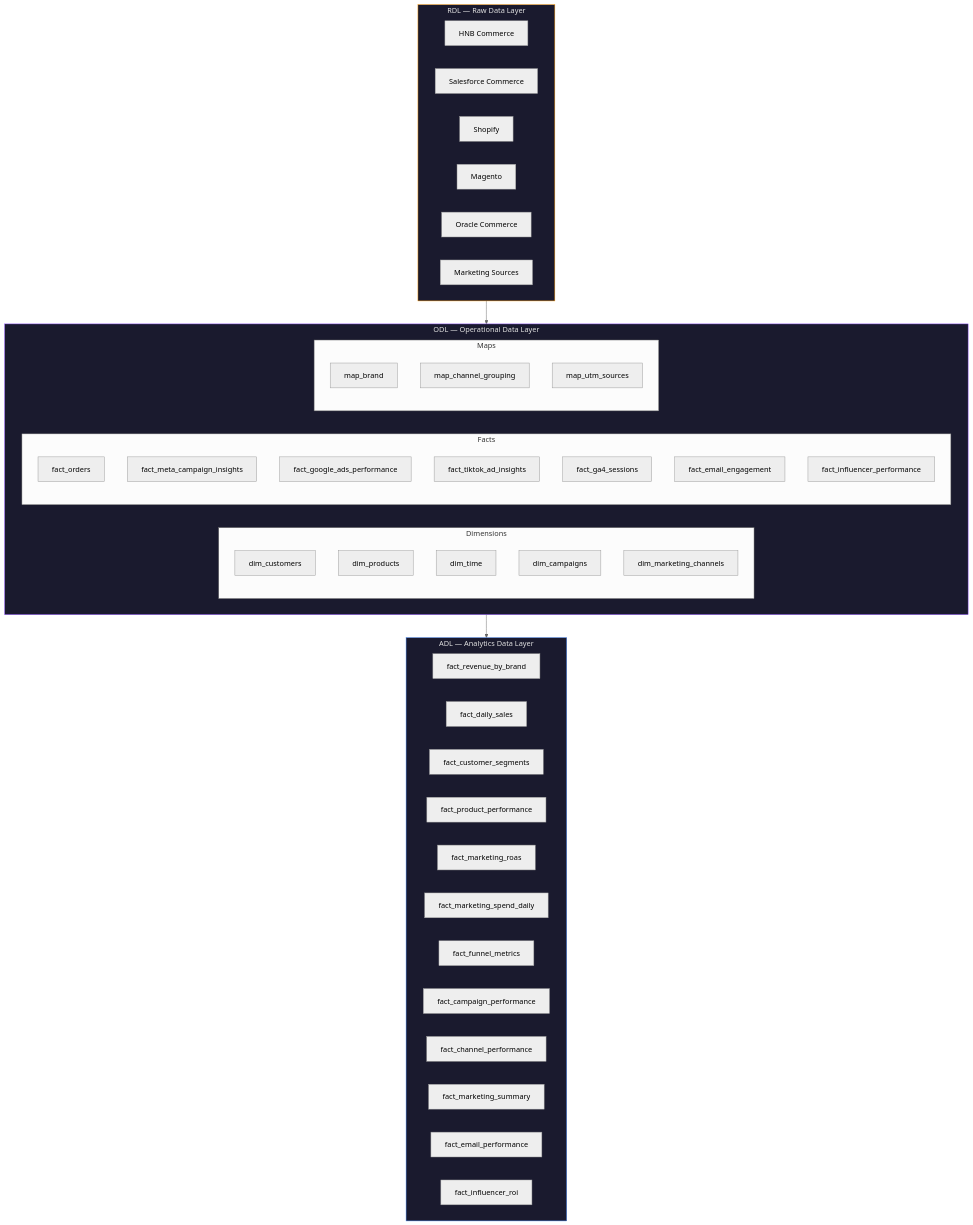
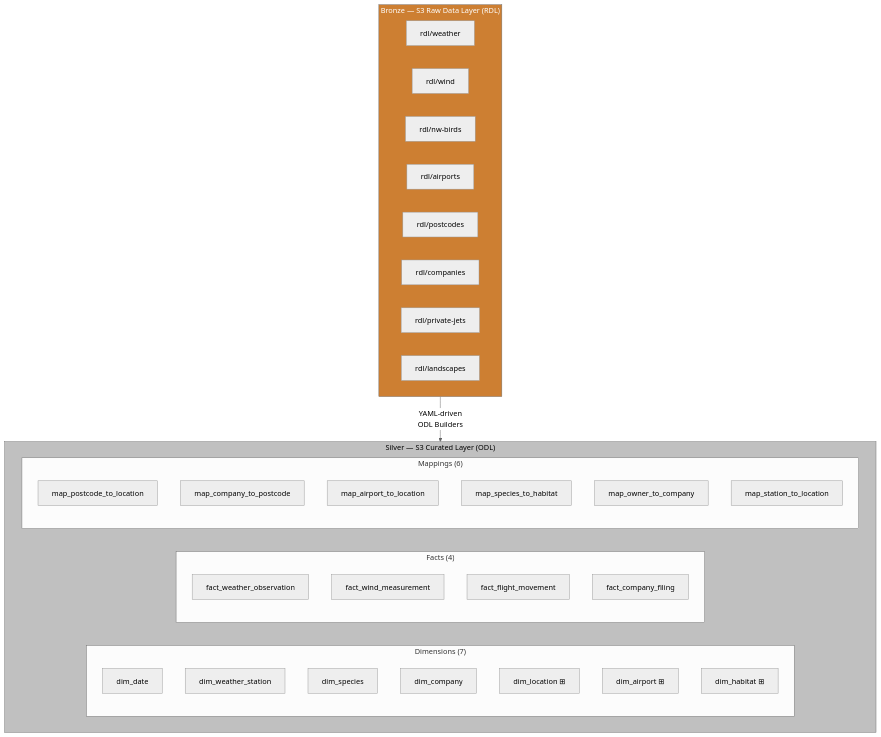
Before and after one commit to TimiOlayinka/boohoo-data-pipeline: the second of 3 diagrams in README.md, drawn with Mermaid (neutral theme). The commit also changed other lines of this file and 274 other files, not shown here.

Commit message:
DATA-31: Rename S3 buckets playdarch-* to bellosdata-* and rewrite README for BellosData Lakehouse architecture

````diff
--- a/README.md
+++ b/README.md
@@ -168,60 +178,46 @@
 ```mermaid
 flowchart TB
-    subgraph RDL["RDL — Raw Data Layer"]
+    subgraph BRONZE["Bronze — S3 Raw Data Layer (RDL)"]
         direction LR
-        R1["HNB Commerce"]
-        R2["Salesforce Commerce"]
-        R3["Shopify"]
-        R4["Magento"]
-        R5["Oracle Commerce"]
-        R6["Marketing Sources"]
+        R1["rdl/weather"]
+        R2["rdl/wind"]
+        R3["rdl/nw-birds"]
+        R4["rdl/airports"]
+        R5["rdl/postcodes"]
+        R6["rdl/companies"]
+        R7["rdl/private-jets"]
+        R8["rdl/landscapes"]
     end
 
-    subgraph ODL["ODL — Operational Data Layer"]
+    subgraph SILVER["Silver — S3 Curated Layer (ODL)"]
         direction LR
-        subgraph DIMS["Dimensions"]
-            D1["dim_customers"]
-            D2["dim_products"]
-            D3["dim_time"]
-            D4["dim_campaigns"]
-            D5["dim_marketing_channels"]
+        subgraph DIMS["Dimensions (7)"]
+            D1["dim_date"]
+            D2["dim_weather_station"]
+            D3["dim_species"]
+            D4["dim_company"]
+            D5["dim_location ⊞"]
+            D6["dim_airport ⊞"]
+            D7["dim_habitat ⊞"]
         end
-        subgraph FACTS["Facts"]
-            F1["fact_orders"]
-            F2["fact_meta_campaign_insights"]
-            F3["fact_google_ads_performance"]
-            F4["fact_tiktok_ad_insights"]
-            F5["fact_ga4_sessions"]
-            F6["fact_email_engagement"]
-            F7["fact_influencer_performance"]
+        subgraph FACTS["Facts (4)"]
+            F1["fact_weather_observation"]
+            F2["fact_wind_measurement"]
+            F3["fact_flight_movement"]
+            F4["fact_company_filing"]
         end
-        subgraph MAPS["Maps"]
-            M1["map_brand"]
-            M2["map_channel_grouping"]
-            M3["map_utm_sources"]
+        subgraph MAPS["Mappings (6)"]
+            M1["map_postcode_to_location"]
+            M2["map_company_to_postcode"]
+            M3["map_airport_to_location"]
+            M4["map_species_to_habitat"]
+            M5["map_owner_to_company"]
+            M6["map_station_to_location"]
         end
     end
 
-    subgraph ADL["ADL — Analytics Data Layer"]
-        direction LR
-        B1["fact_revenue_by_brand"]
-        B2["fact_daily_sales"]
-        B3["fact_customer_segments"]
-        B4["fact_product_performance"]
-        B5["fact_marketing_roas"]
-        B6["fact_marketing_spend_daily"]
-        B7["fact_funnel_metrics"]
-        B8["fact_campaign_performance"]
-        B9["fact_channel_performance"]
-        B10["fact_marketing_summary"]
-        B11["fact_email_performance"]
-        B12["fact_influencer_roi"]
-    end
+    BRONZE -->|"YAML-driven\nODL Builders"| SILVER
 
-    RDL --> ODL
-    ODL --> ADL
-
-    style RDL fill:#1a1a2e,color:#e0e0e0,stroke:#FF9900
-    style ODL fill:#1a1a2e,color:#e0e0e0,stroke:#8C4FFF
-    style ADL fill:#1a1a2e,color:#e0e0e0,stroke:#4285F4
+    style BRONZE fill:#CD7F32,color:#fff
+    style SILVER fill:#C0C0C0,color:#000
 ```
````
